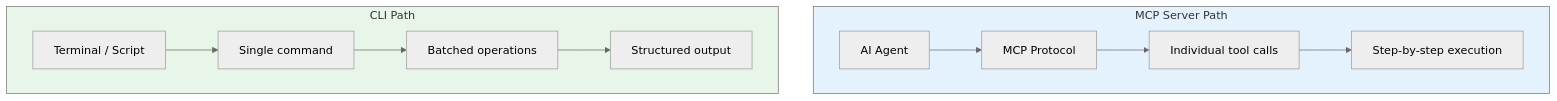
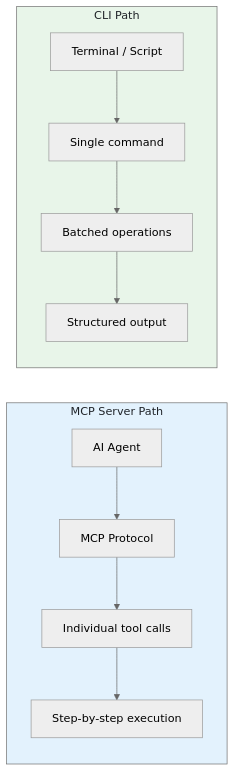
Before and after one commit to bytetunnels/bytetunnels.github.com: the fifth of 5 diagrams in _posts/2026-02-25-playwright-mcp-server-connecting-browser-automation-ai-agents.md, drawn with Mermaid (neutral theme). The commit also changed other lines of this file and 118 other files, not shown here.

Commit message:
feat: improve diagram styling and compact wide flowcharts

````diff
--- a/_posts/2026-02-25-playwright-mcp-server-connecting-browser-automation-ai-agents.md
+++ b/_posts/2026-02-25-playwright-mcp-server-connecting-browser-automation-ai-agents.md
@@ -418,17 +418,17 @@
 ```mermaid
-graph TD
+graph LR
     subgraph MCP_PATH["MCP Server Path"]
         M1["AI Agent"] --> M2["MCP Protocol"]
         M2 --> M3["Individual tool calls"]
         M3 --> M4["Step-by-step execution"]
     end
 
     subgraph CLI_PATH["CLI Path"]
         C1["Terminal / Script"] --> C2["Single command"]
         C2 --> C3["Batched operations"]
         C3 --> C4["Structured output"]
     end
 
-    style MCP_PATH fill:#e3f2fd
-    style CLI_PATH fill:#e8f5e9
+    style MCP_PATH fill:#e3f2fd,color:#1f2328
+    style CLI_PATH fill:#e8f5e9,color:#1f2328
 ```
````
